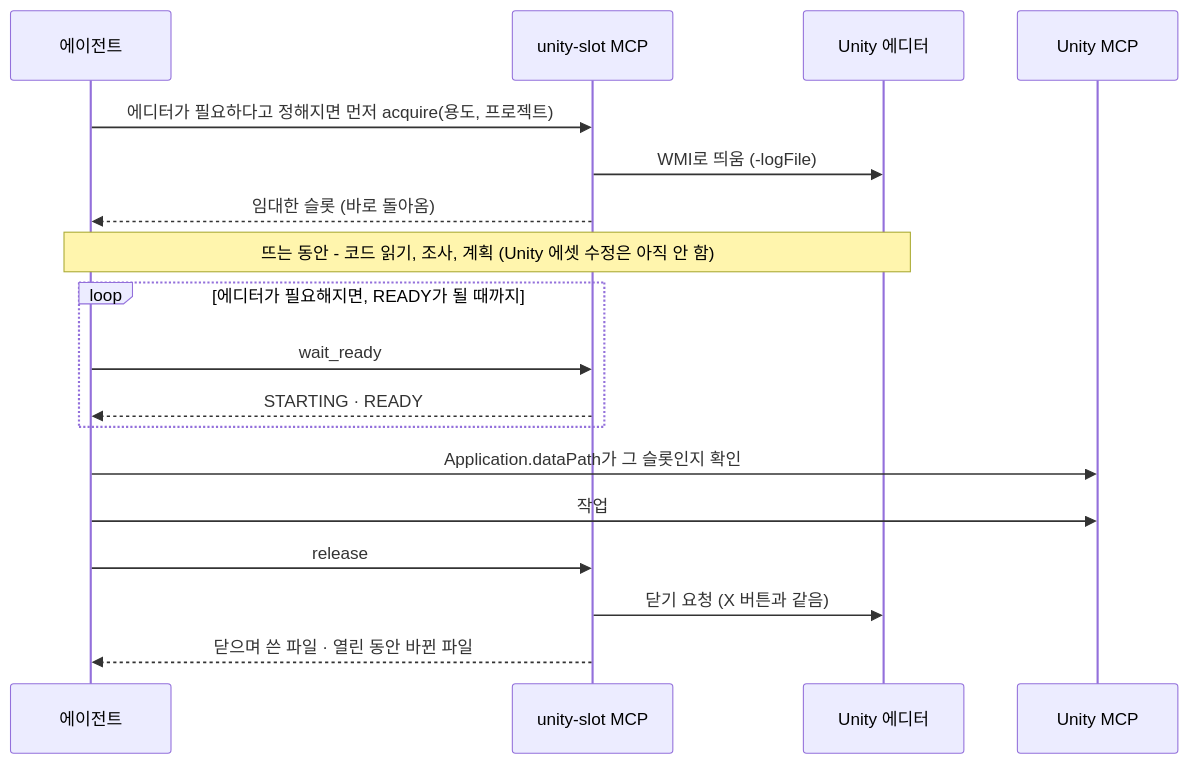
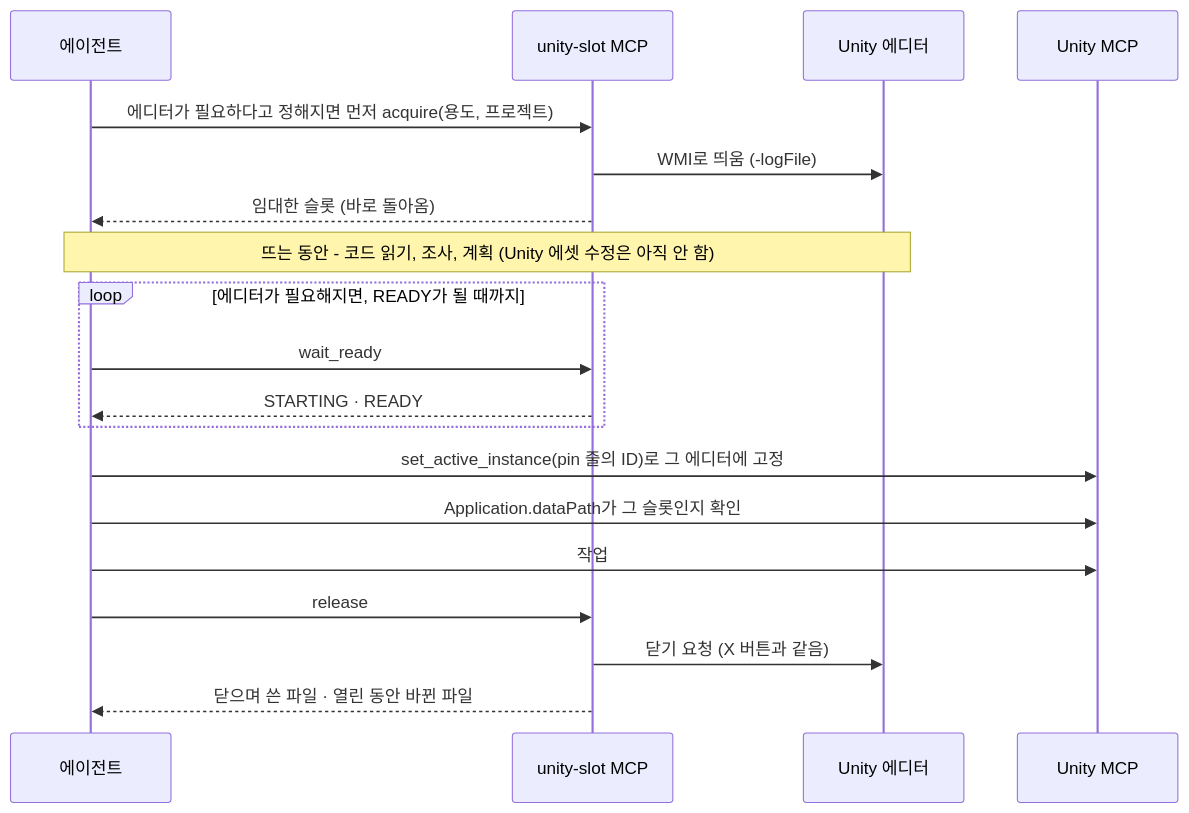
Before and after one commit to cyKim0115/unity-slot: the fourth of 4 diagrams in README.md, drawn with Mermaid. The commit also changed other lines of this file and 22 other files, not shown here.

````diff
--- a/README.md
+++ b/README.md
@@ -247,20 +254,21 @@
 ```mermaid
 sequenceDiagram
     participant A as 에이전트
     participant S as unity-slot MCP
     participant E as Unity 에디터
     participant U as Unity MCP
     A->>S: 에디터가 필요하다고 정해지면 먼저 acquire(용도, 프로젝트)
     S->>E: WMI로 띄움 (-logFile)
     S-->>A: 임대한 슬롯 (바로 돌아옴)
     Note over A,E: 뜨는 동안 - 코드 읽기, 조사, 계획 (Unity 에셋 수정은 아직 안 함)
     loop 에디터가 필요해지면, READY가 될 때까지
         A->>S: wait_ready
         S-->>A: STARTING · READY
     end
+    A->>U: set_active_instance(pin 줄의 ID)로 그 에디터에 고정
     A->>U: Application.dataPath가 그 슬롯인지 확인
     A->>U: 작업
     A->>S: release
     S->>E: 닫기 요청 (X 버튼과 같음)
     S-->>A: 닫으며 쓴 파일 · 열린 동안 바뀐 파일
 ```
````
